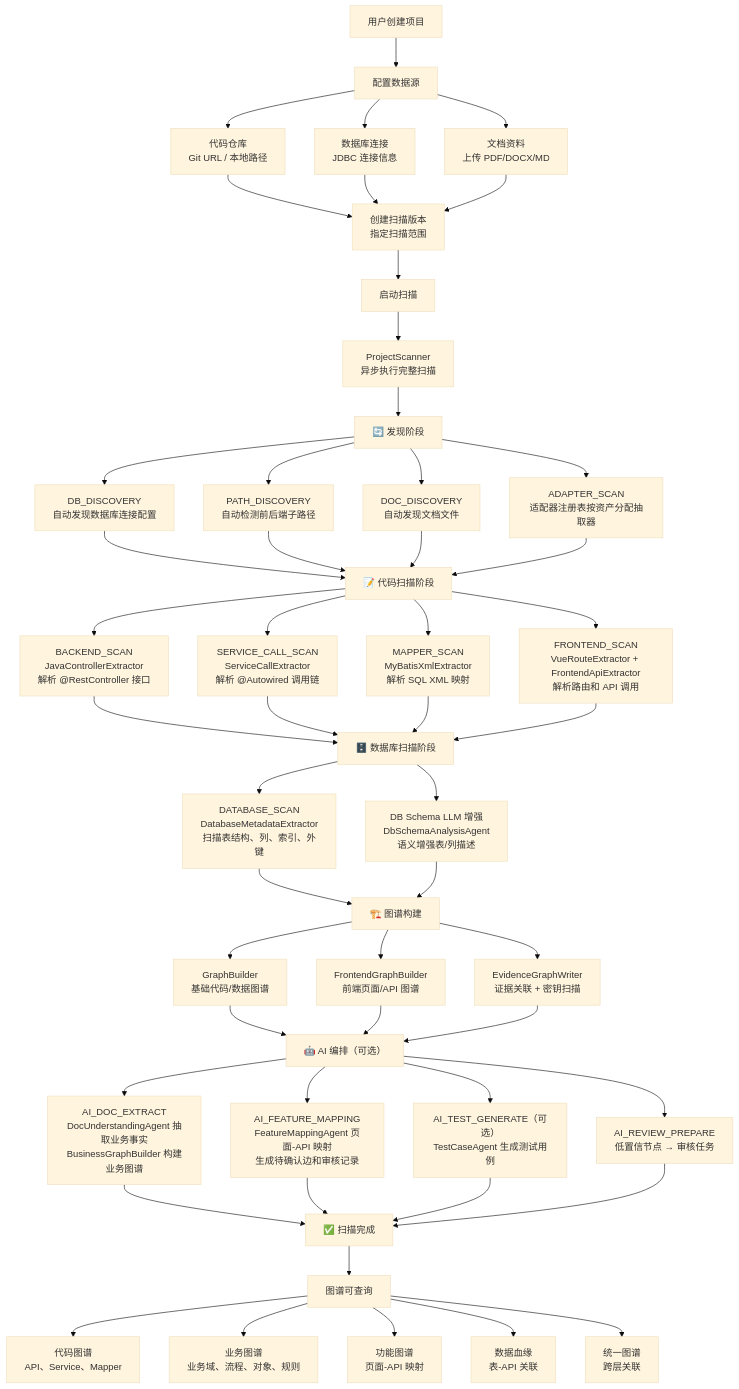
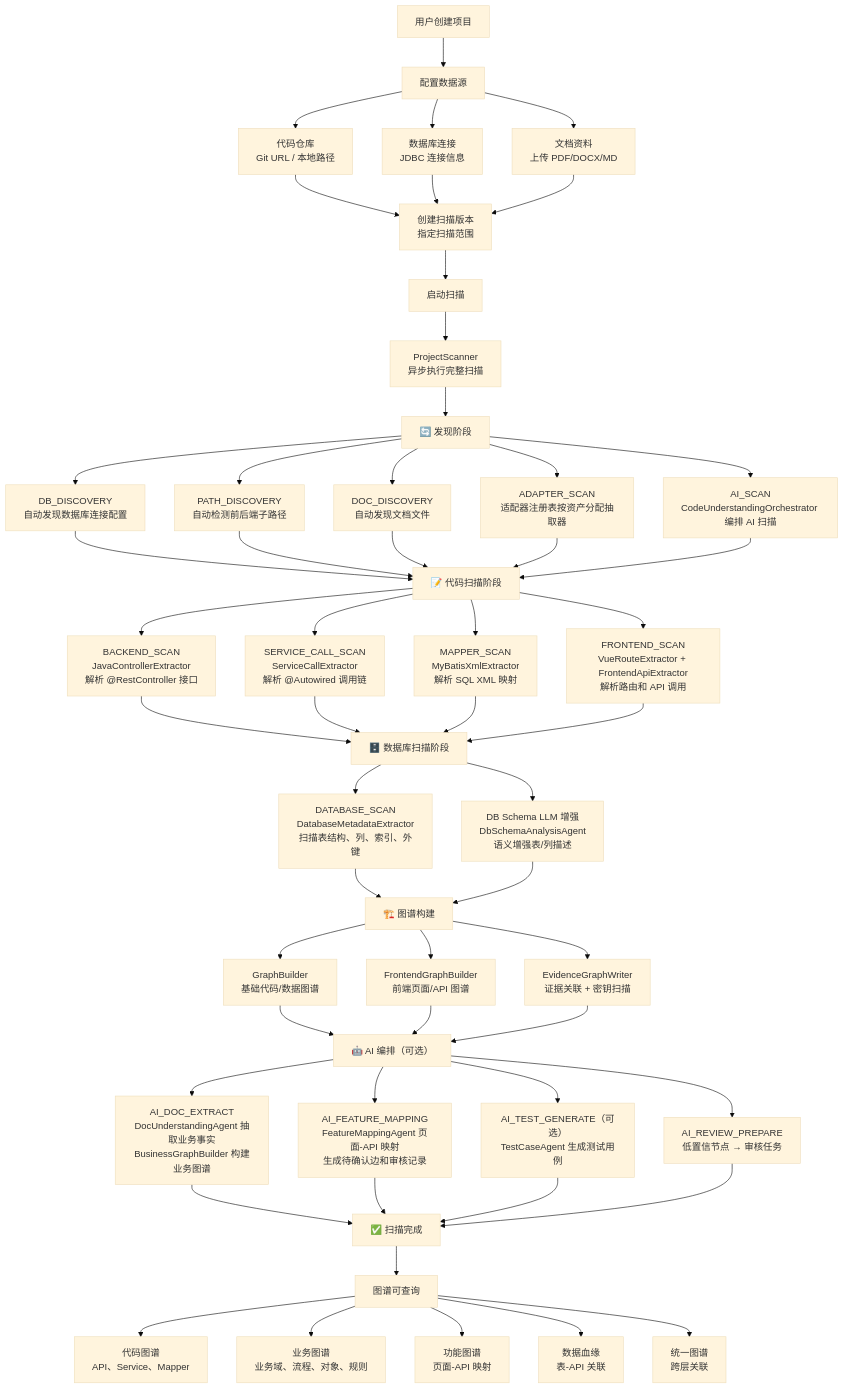
Before and after one commit to loveliunian/LegacyGraph: the second of 14 diagrams in doc/整体技术文档/架构设计文档.md, drawn with Mermaid (base theme). The commit also changed other lines of this file and 417 other files, not shown here.

````diff
--- a/doc/整体技术文档/架构设计文档.md
+++ b/doc/整体技术文档/架构设计文档.md
@@ -154,45 +174,46 @@
 ```mermaid
 flowchart TD
     A["用户创建项目"] --> B["配置数据源"]
     B --> B1["代码仓库<br/>Git URL / 本地路径"]
     B --> B2["数据库连接<br/>JDBC 连接信息"]
     B --> B3["文档资料<br/>上传 PDF/DOCX/MD"]
     B1 & B2 & B3 --> C["创建扫描版本<br/>指定扫描范围"]
     C --> D["启动扫描"]
     D --> E["ProjectScanner<br/>异步执行完整扫描"]
 
     E --> F["🔄 发现阶段"]
     F --> F1["DB_DISCOVERY<br/>自动发现数据库连接配置"]
     F --> F2["PATH_DISCOVERY<br/>自动检测前后端子路径"]
     F --> F3["DOC_DISCOVERY<br/>自动发现文档文件"]
     F --> F4["ADAPTER_SCAN<br/>适配器注册表按资产分配抽取器"]
+    F --> F5["AI_SCAN<br/>CodeUnderstandingOrchestrator 编排 AI 扫描"]
 
-    F1 & F2 & F3 & F4 --> G["📝 代码扫描阶段"]
+    F1 & F2 & F3 & F4 & F5 --> G["📝 代码扫描阶段"]
     G --> G1["BACKEND_SCAN<br/>JavaControllerExtractor<br/>解析 @RestController 接口"]
     G --> G2["SERVICE_CALL_SCAN<br/>ServiceCallExtractor<br/>解析 @Autowired 调用链"]
     G --> G3["MAPPER_SCAN<br/>MyBatisXmlExtractor<br/>解析 SQL XML 映射"]
     G --> G4["FRONTEND_SCAN<br/>VueRouteExtractor + FrontendApiExtractor<br/>解析路由和 API 调用"]
 
     G1 & G2 & G3 & G4 --> H["🗄️ 数据库扫描阶段"]
     H --> H1["DATABASE_SCAN<br/>DatabaseMetadataExtractor<br/>扫描表结构、列、索引、外键"]
     H --> H2["DB Schema LLM 增强<br/>DbSchemaAnalysisAgent<br/>语义增强表/列描述"]
 
     H1 & H2 --> I["🏗️ 图谱构建"]
     I --> I1["GraphBuilder<br/>基础代码/数据图谱"]
     I --> I2["FrontendGraphBuilder<br/>前端页面/API 图谱"]
     I --> I3["EvidenceGraphWriter<br/>证据关联 + 密钥扫描"]
 
     I1 & I2 & I3 --> J["🤖 AI 编排（可选）"]
     J --> J1["AI_DOC_EXTRACT<br/>DocUnderstandingAgent 抽取业务事实<br/>BusinessGraphBuilder 构建业务图谱"]
     J --> J2["AI_FEATURE_MAPPING<br/>FeatureMappingAgent 页面-API 映射<br/>生成待确认边和审核记录"]
     J --> J3["AI_TEST_GENERATE（可选）<br/>TestCaseAgent 生成测试用例"]
     J --> J4["AI_REVIEW_PREPARE<br/>低置信节点 → 审核任务"]
 
     J1 & J2 & J3 & J4 --> K["✅ 扫描完成"]
     K --> L["图谱可查询"]
     L --> L1["代码图谱<br/>API、Service、Mapper"]
     L --> L2["业务图谱<br/>业务域、流程、对象、规则"]
     L --> L3["功能图谱<br/>页面-API 映射"]
     L --> L4["数据血缘<br/>表-API 关联"]
     L --> L5["统一图谱<br/>跨层关联"]
 ```
````
